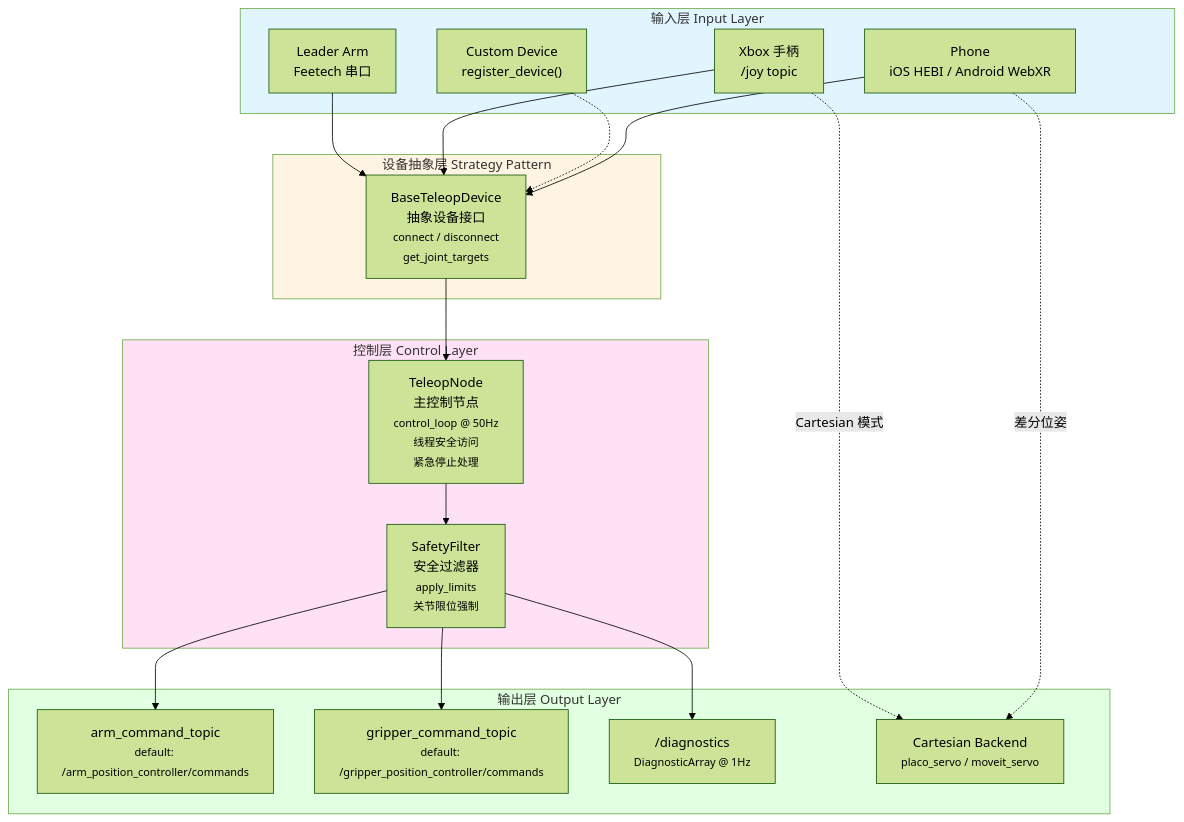
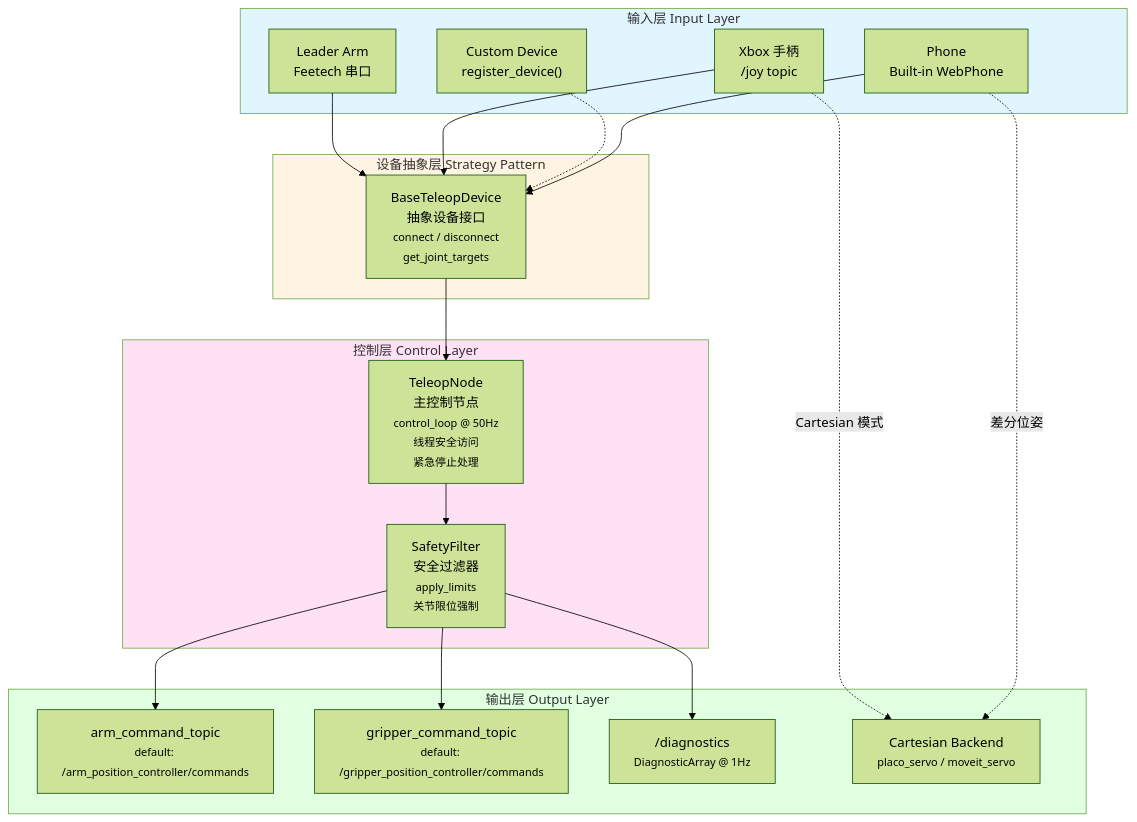
The first of 2 diagrams in src/robot_teleop/README.md (StoneStar-Aiknow/IB_Robot), drawn with Mermaid (forest theme) before and after one commit. The commit also changed other lines of this file and 41 other files, not shown here.

First line of the commit message:
robot_teleop: add transactional WebPhone pose teleoperation

````diff
--- a/src/robot_teleop/README.md
+++ b/src/robot_teleop/README.md
@@ -22,43 +22,43 @@
 ```mermaid
 graph TB
     subgraph Input["输入层 Input Layer"]
         LA["Leader Arm<br/>Feetech 串口"]
         XB["Xbox 手柄<br/>/joy topic"]
         CUSTOM["Custom Device<br/>register_device()"]
-        PH["Phone<br/>iOS HEBI / Android WebXR"]
+        PH["Phone<br/>Built-in WebPhone"]
     end
 
     subgraph Device["设备抽象层 Strategy Pattern"]
         Base["BaseTeleopDevice<br/>抽象设备接口<br/><small>connect / disconnect<br/>get_joint_targets</small>"]
     end
 
     subgraph Control["控制层 Control Layer"]
         Node["TeleopNode<br/>主控制节点<br/><small>control_loop @ 50Hz<br/>线程安全访问<br/>紧急停止处理</small>"]
         Filter["SafetyFilter<br/>安全过滤器<br/><small>apply_limits<br/>关节限位强制</small>"]
     end
 
     subgraph Output["输出层 Output Layer"]
         ARM["arm_command_topic<br/><small>default: /arm_position_controller/commands</small>"]
         GRIP["gripper_command_topic<br/><small>default: /gripper_position_controller/commands</small>"]
         DIAG["/diagnostics<br/><small>DiagnosticArray @ 1Hz</small>"]
         SERVO["Cartesian Backend<br/><small>placo_servo / moveit_servo</small>"]
     end
 
     LA --> Base
     XB --> Base
     CUSTOM -.-> Base
     PH --> Base
 
     Base --> Node
     Node --> Filter
     Filter --> ARM
     Filter --> GRIP
     Filter --> DIAG
     XB -.->|"Cartesian 模式"| SERVO
     PH -.->|"差分位姿"| SERVO
 
     style Input fill:#e1f5ff
     style Device fill:#fff4e1
     style Control fill:#ffe1f5
     style Output fill:#e1ffe1
 ```
````
